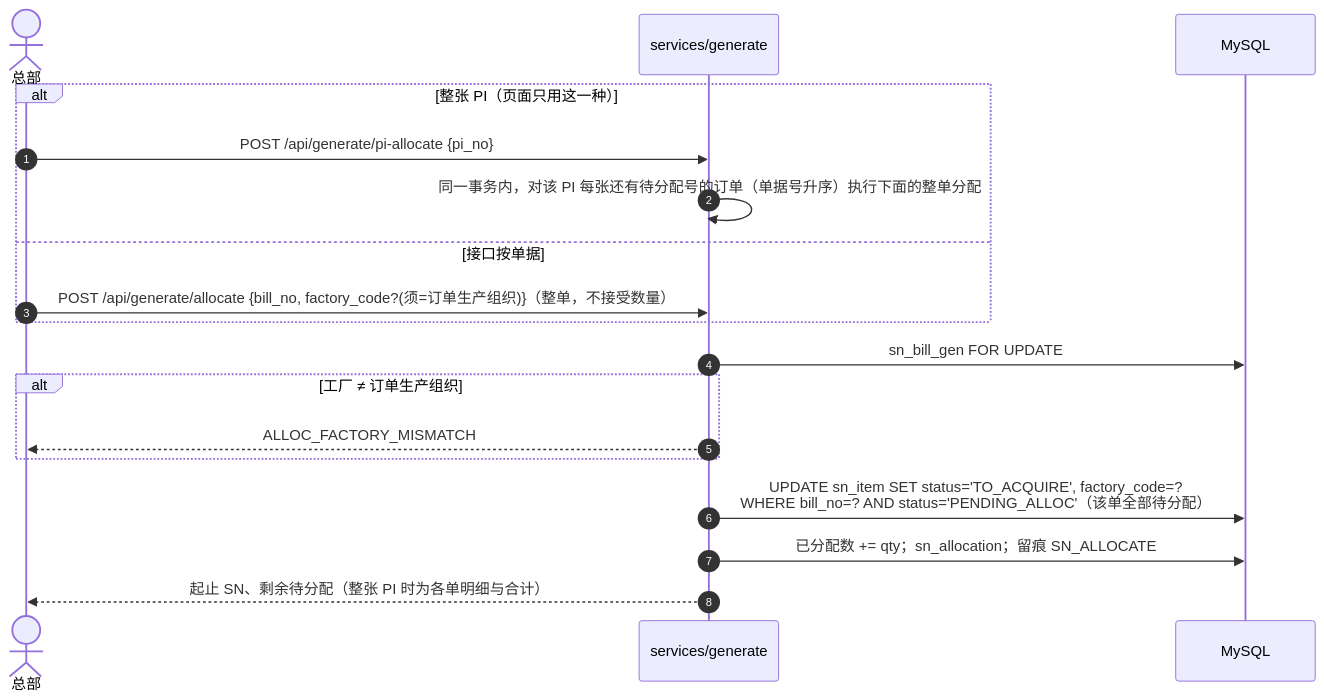
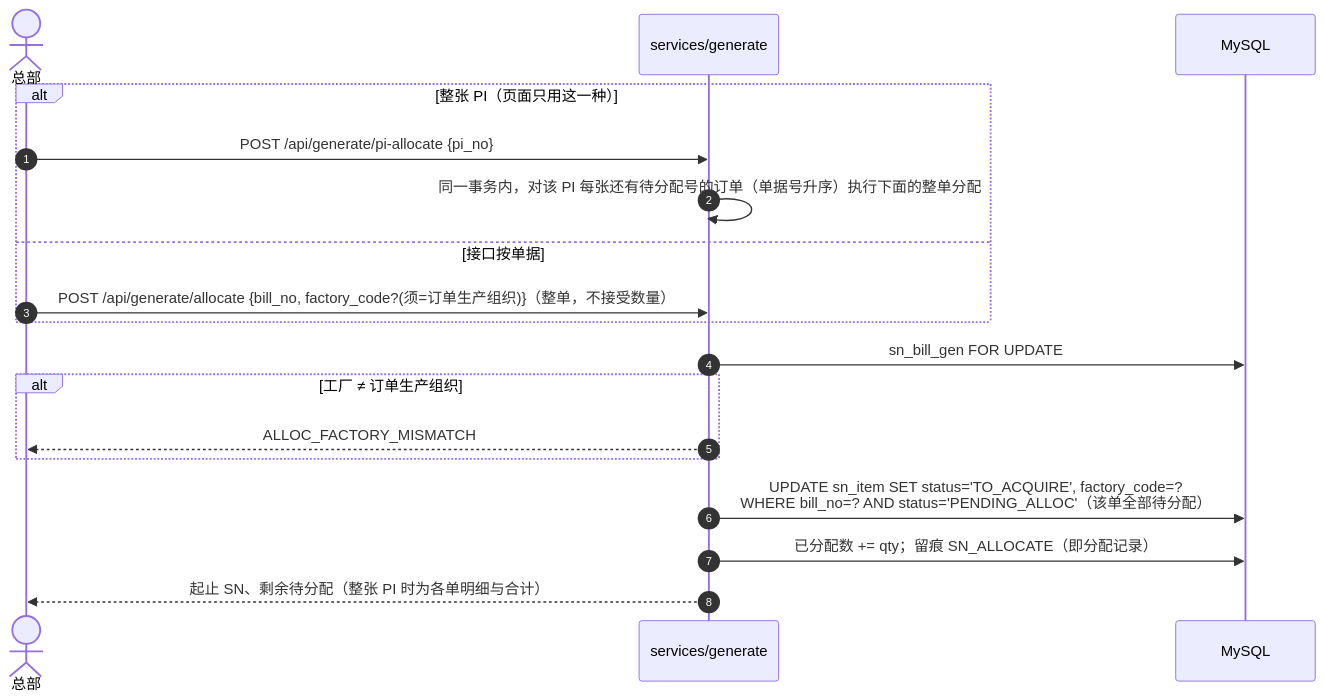
One commit to Createsnow/sn-center changed the eighth of 13 diagrams in docs/技术文档.md. Above: the diagram before and after it, drawn with Mermaid. The commit also changed other lines of this file and 28 other files, not shown here.

````diff
--- a/docs/技术文档.md
+++ b/docs/技术文档.md
@@ -307,20 +307,20 @@
 ```mermaid
 sequenceDiagram
     autonumber
     actor H as 总部
     participant G as services/generate
     participant DB as MySQL
     alt 整张 PI（页面只用这一种）
         H->>G: POST /api/generate/pi-allocate {pi_no}
         G->>G: 同一事务内，对该 PI 每张还有待分配号的订单（单据号升序）执行下面的整单分配
     else 接口按单据
         H->>G: POST /api/generate/allocate {bill_no, factory_code?(须=订单生产组织)}（整单，不接受数量）
     end
     G->>DB: sn_bill_gen FOR UPDATE
     alt 工厂 ≠ 订单生产组织
         G-->>H: ALLOC_FACTORY_MISMATCH
     end
     G->>DB: UPDATE sn_item SET status='TO_ACQUIRE', factory_code=? <br/>WHERE bill_no=? AND status='PENDING_ALLOC'（该单全部待分配）
-    G->>DB: 已分配数 += qty；sn_allocation；留痕 SN_ALLOCATE
+    G->>DB: 已分配数 += qty；留痕 SN_ALLOCATE（即分配记录）
     G-->>H: 起止 SN、剩余待分配（整张 PI 时为各单明细与合计）
 ```
````
